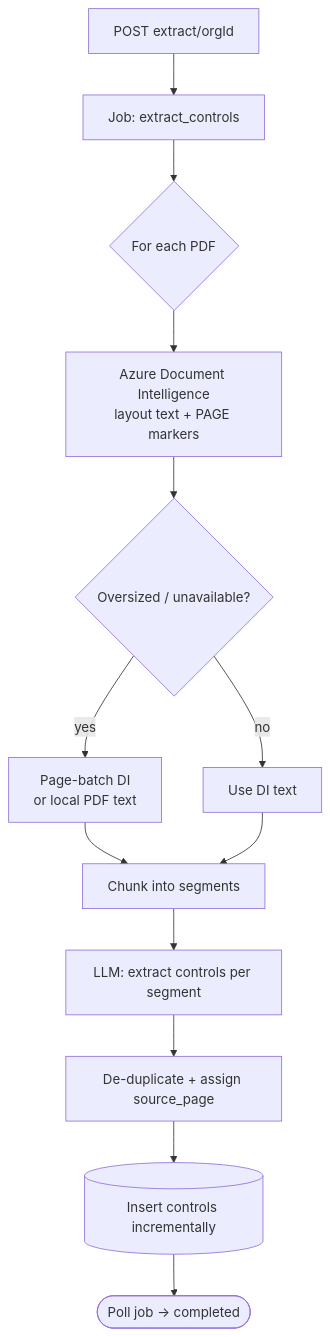
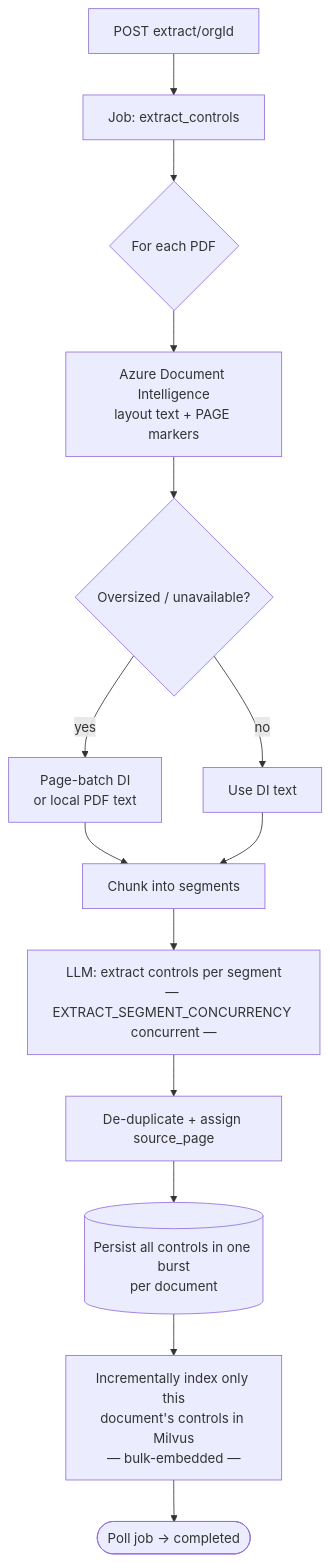
The diagram in mint-docs/flow/03-extract-controls.mdx (Rajman1221/iso-robot), drawn with Mermaid before and after one commit. The commit also changed other lines of this file and 11 other files, not shown here.

````diff
--- a/mint-docs/flow/03-extract-controls.mdx
+++ b/mint-docs/flow/03-extract-controls.mdx
@@ -43,15 +46,16 @@
 ```mermaid
 flowchart TD
     A[POST extract/orgId] --> B[Job: extract_controls]
     B --> C{For each PDF}
     C --> D[Azure Document Intelligence<br/>layout text + PAGE markers]
     D --> E{Oversized / unavailable?}
     E -- yes --> F[Page-batch DI<br/>or local PDF text]
     E -- no --> G[Use DI text]
     F --> H[Chunk into segments]
     G --> H
-    H --> I[LLM: extract controls per segment]
+    H --> I[LLM: extract controls per segment<br/>— EXTRACT_SEGMENT_CONCURRENCY concurrent —]
     I --> J[De-duplicate + assign source_page]
-    J --> K[(Insert controls incrementally)]
-    K --> L([Poll job → completed])
+    J --> K[(Persist all controls in one burst<br/>per document)]
+    K --> M[Incrementally index only this<br/>document's controls in Milvus<br/>— bulk-embedded —]
+    M --> L([Poll job → completed])
 ```
````
